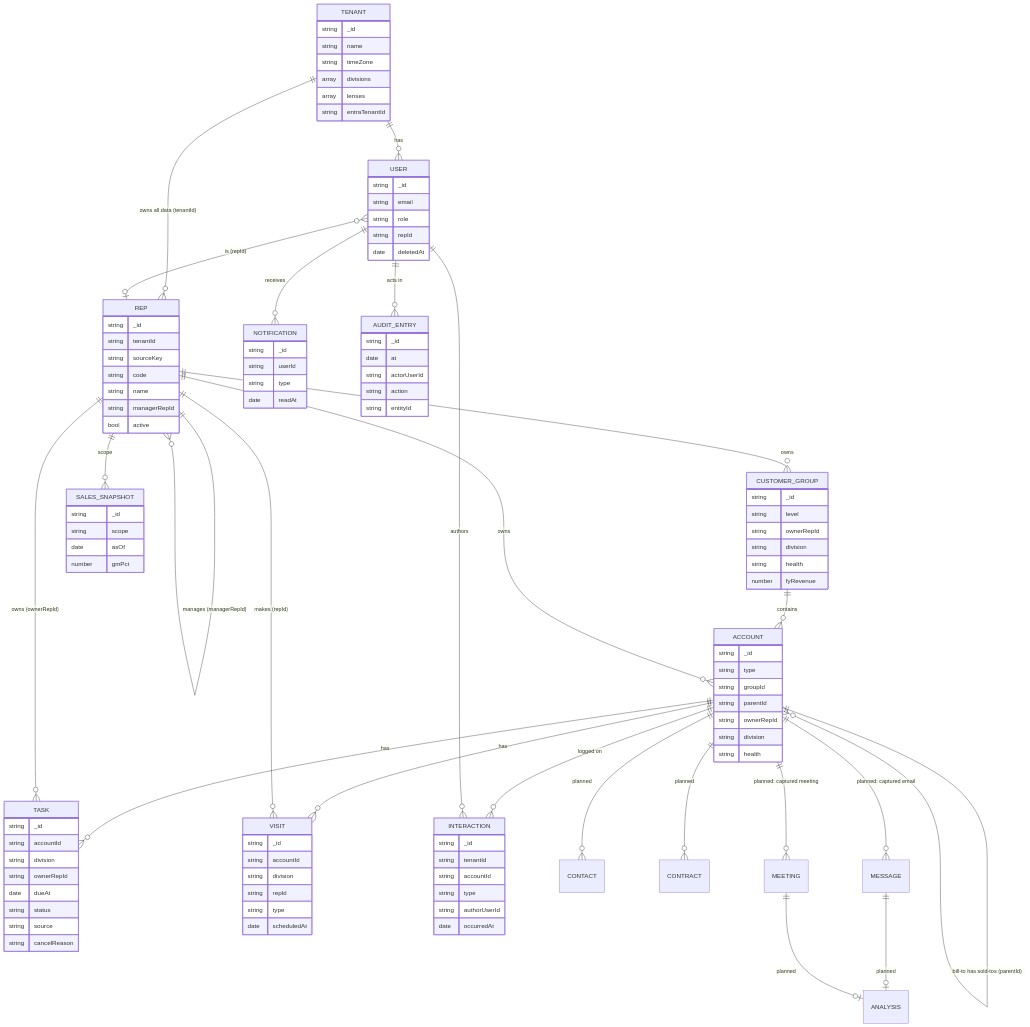
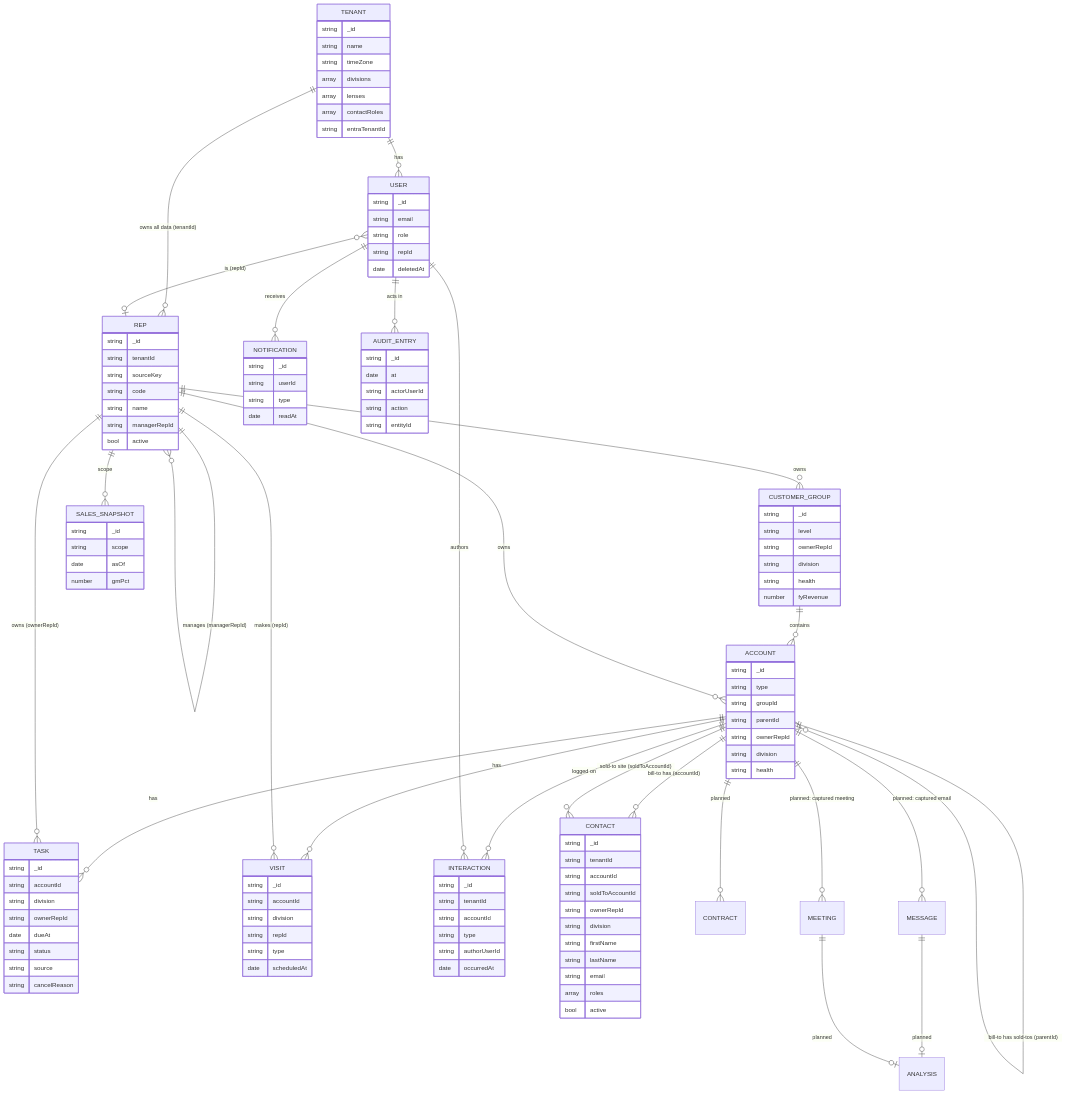
Before and after one commit to sonishivam1/ambient-crm: the diagram in docs/architecture/data-model.md, drawn with Mermaid. The commit also changed other lines of this file and 29 other files, not shown here.

```diff
--- a/docs/architecture/data-model.md
+++ b/docs/architecture/data-model.md
@@ -40,7 +40,8 @@
   USER ||--o{ NOTIFICATION : receives
   USER ||--o{ AUDIT_ENTRY : "acts in"
   REP ||--o{ SALES_SNAPSHOT : "scope"
-  ACCOUNT ||--o{ CONTACT : "planned"
+  ACCOUNT ||--o{ CONTACT : "bill-to has (accountId)"
+  ACCOUNT ||--o{ CONTACT : "sold-to site (soldToAccountId)"
   ACCOUNT ||--o{ CONTRACT : "planned"
   ACCOUNT ||--o{ MESSAGE : "planned: captured email"
   ACCOUNT ||--o{ MEETING : "planned: captured meeting"
@@ -53,6 +54,7 @@
     string timeZone
     array divisions
     array lenses
+    array contactRoles
     string entraTenantId
   }
   REP {
@@ -114,6 +116,19 @@
     string authorUserId
     date occurredAt
   }
+  CONTACT {
+    string _id
+    string tenantId
+    string accountId
+    string soldToAccountId
+    string ownerRepId
+    string division
+    string firstName
+    string lastName
+    string email
+    array roles
+    bool active
+  }
   NOTIFICATION {
     string _id
     string userId
```
